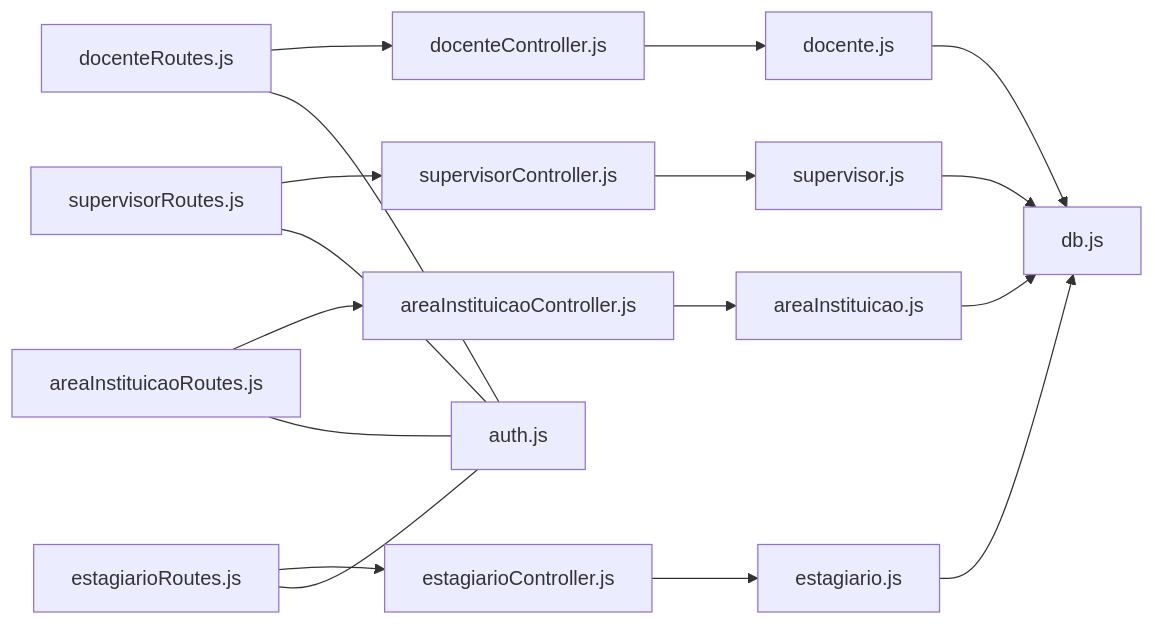
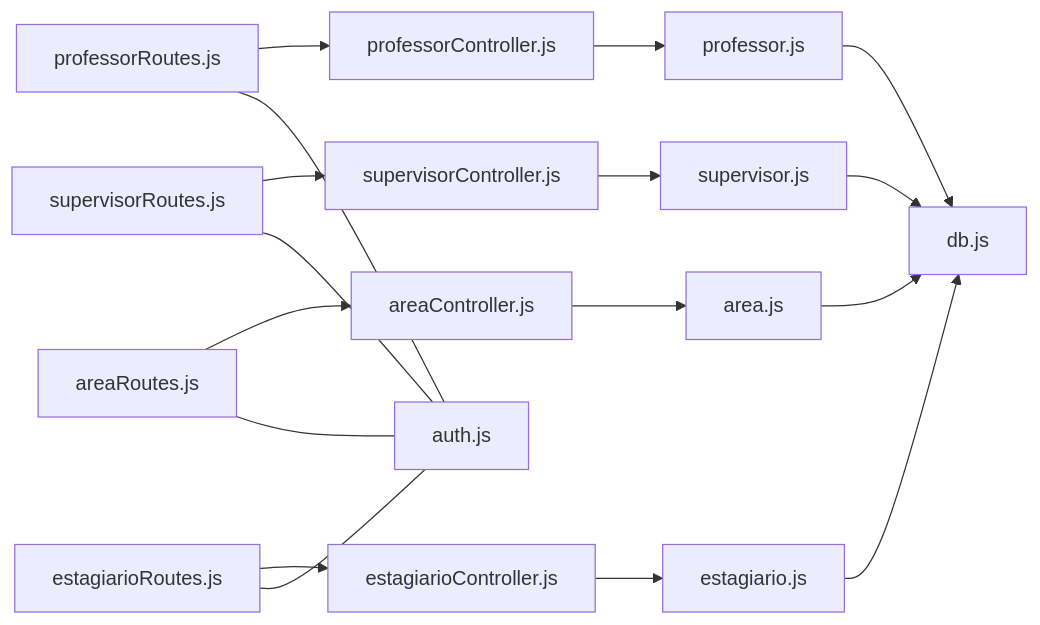
One commit to luiseduacosta/nodemural changed the seventh of 7 diagrams in .qoder/repowiki/en/content/API Reference/Institutional Management APIs.md. Above: the diagram before and after it, drawn with Mermaid. The commit also changed other lines of this file and 25 other files, not shown here.

````diff
--- a/.qoder/repowiki/en/content/API Reference/Institutional Management APIs.md
+++ b/.qoder/repowiki/en/content/API Reference/Institutional Management APIs.md
@@ -345,19 +345,19 @@
 ```mermaid
 graph LR
-DR["docenteRoutes.js"] --> DC["docenteController.js"]
+DR["professorRoutes.js"] --> DC["professorController.js"]
 SR["supervisorRoutes.js"] --> SC["supervisorController.js"]
-AIR["areaInstituicaoRoutes.js"] --> AIC["areaInstituicaoController.js"]
+AIR["areaRoutes.js"] --> AIC["areaController.js"]
 ER["estagiarioRoutes.js"] --> EC["estagiarioController.js"]
-DC --> DM["docente.js"]
+DC --> DM["professor.js"]
 SC --> SM["supervisor.js"]
-AIC --> AIM["areaInstituicao.js"]
+AIC --> AIM["area.js"]
 EC --> EM["estagiario.js"]
 DR --- AM["auth.js"]
 SR --- AM
 AIR --- AM
 ER --- AM
 DM --> DB["db.js"]
 SM --> DB
 AIM --> DB
 EM --> DB
 ```
````
